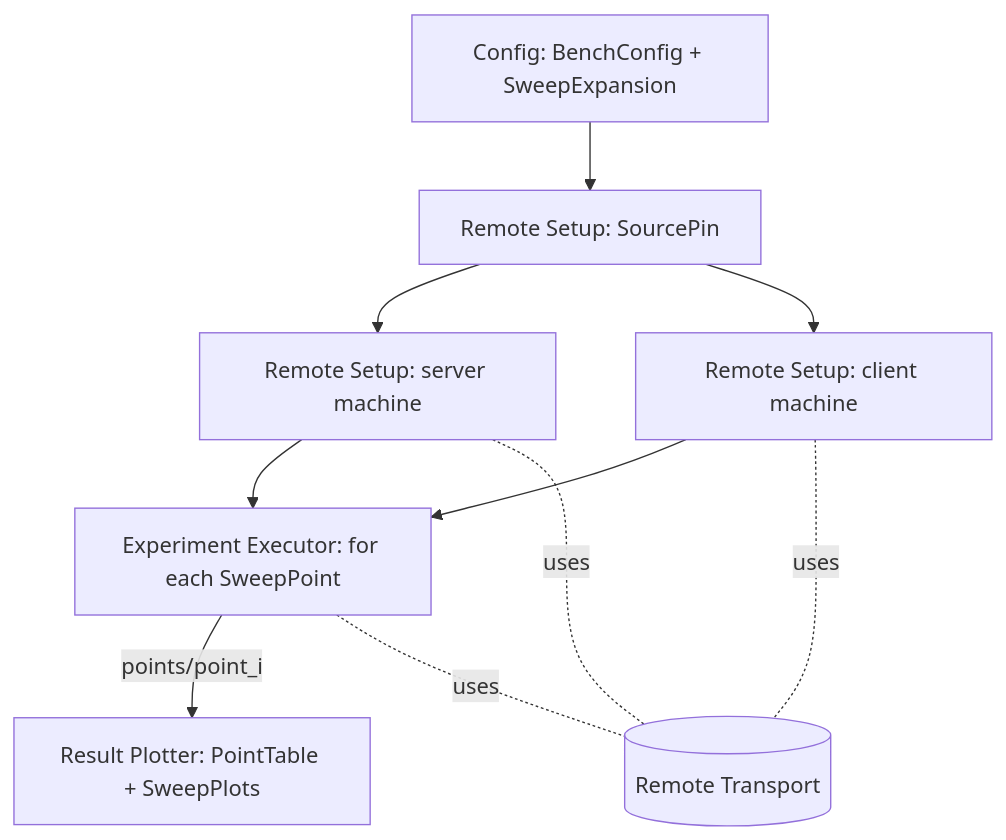
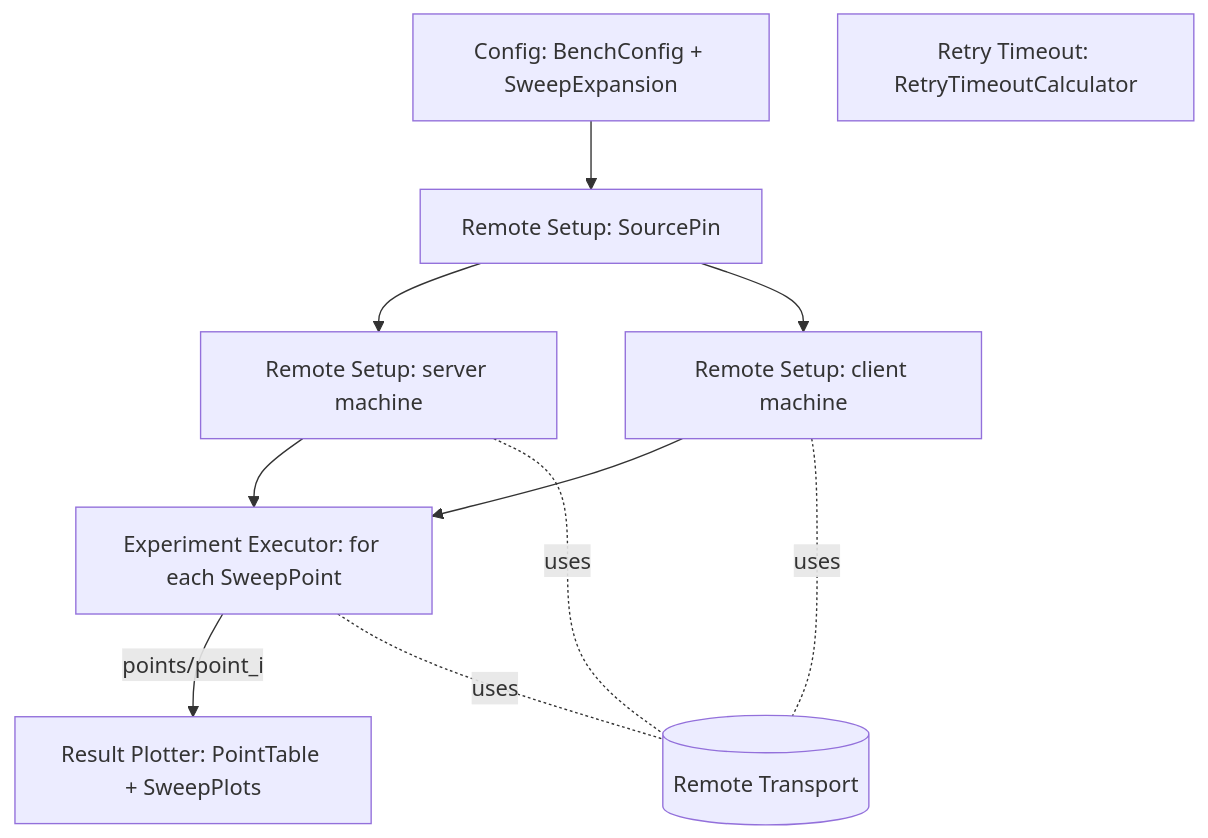
The diagram in abstraction/benchmark_runner/design.md (grapheo12/metastability-cancellation), drawn with Mermaid before and after one commit. The commit also changed other lines of this file and 8 other files, not shown here.

First line of the commit message:
[spec] BenchmarkRunner Retry Timeout: RetryTimeoutCalculator

````diff
--- a/abstraction/benchmark_runner/design.md
+++ b/abstraction/benchmark_runner/design.md
@@ -5,12 +5,13 @@
 ```mermaid
 flowchart TD
   CFG[Config: BenchConfig + SweepExpansion] --> PIN[Remote Setup: SourcePin]
   PIN --> SS[Remote Setup: server machine]
   PIN --> SC[Remote Setup: client machine]
   SS --> EX[Experiment Executor: for each SweepPoint]
   SC --> EX
   EX -->|points/point_i| RP[Result Plotter: PointTable + SweepPlots]
   SS -.uses.- T[(Remote Transport)]
   SC -.uses.- T
   EX -.uses.- T
+  RT[Retry Timeout: RetryTimeoutCalculator]
 ```
````
